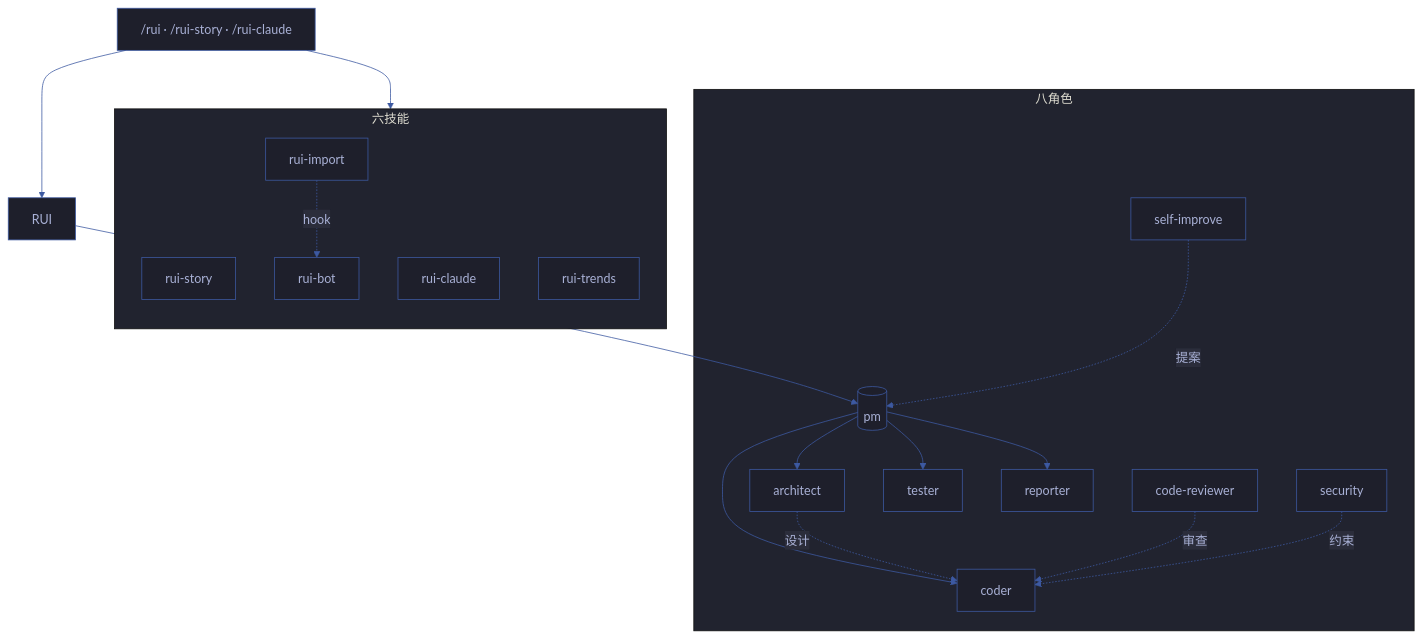
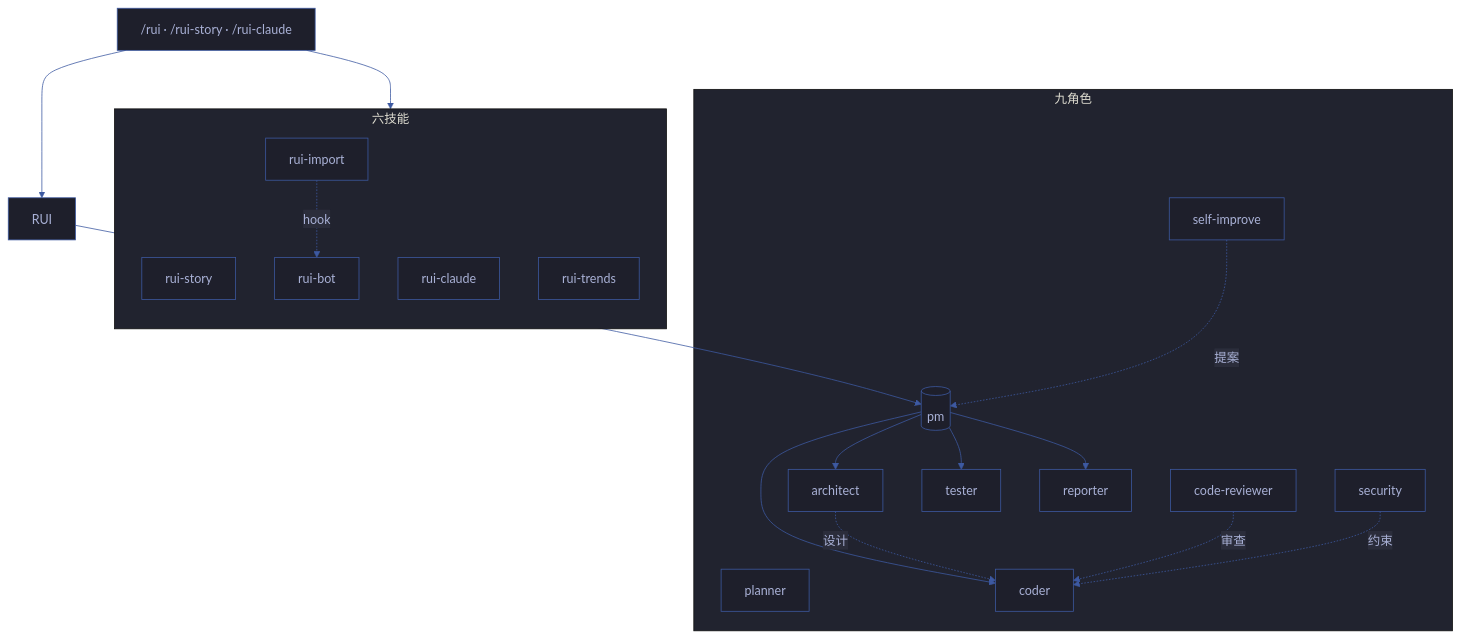
One commit to effiy/YrY changed the first of 6 diagrams in README.md. Above: the diagram before and after it, drawn with Mermaid. The commit also changed other lines of this file and 71 other files, not shown here.

````diff
--- a/README.md
+++ b/README.md
@@ -9,42 +9,43 @@
 ```mermaid
 %%{init: {'theme': 'base', 'themeVariables': {
   'primaryColor': '#1e1f2b',
   'primaryTextColor': '#a9b1d6',
   'primaryBorderColor': '#3d59a1',
   'lineColor': '#3d59a1',
   'secondaryColor': '#2b2d3b',
   'tertiaryColor': '#21232f'
 }}}%%
 flowchart TD
     CMD["/rui · /rui-story · /rui-claude"]
 
     subgraph Skills[六技能]
         direction TB
         RS[rui-story]:::skill
         RC[rui-claude]:::skill
         ID[rui-import]:::skill
         WW[rui-bot]:::skill
         TD[rui-trends]:::skill
     end
 
-    subgraph Agents[八角色]
+    subgraph Agents[九角色]
         PM[("pm")]:::core
+        PLANNER[planner]:::agent
         ARCHITECT[architect]:::agent
         CODER[coder]:::agent
         REVIEWER[code-reviewer]:::agent
         TESTER[tester]:::agent
         REPORTER[reporter]:::agent
         SECURITY[security]:::agent
         SI[self-improve]:::agent
     end
 
     CMD --> RUI & RC
     RUI --> PM
     PM --> ARCHITECT & CODER & TESTER & REPORTER
     ARCHITECT -.设计.-> CODER
     REVIEWER -.审查.-> CODER
     SECURITY -.约束.-> CODER
     SI -.提案.-> PM
     ID -.hook.-> WW
 
 ```
````
